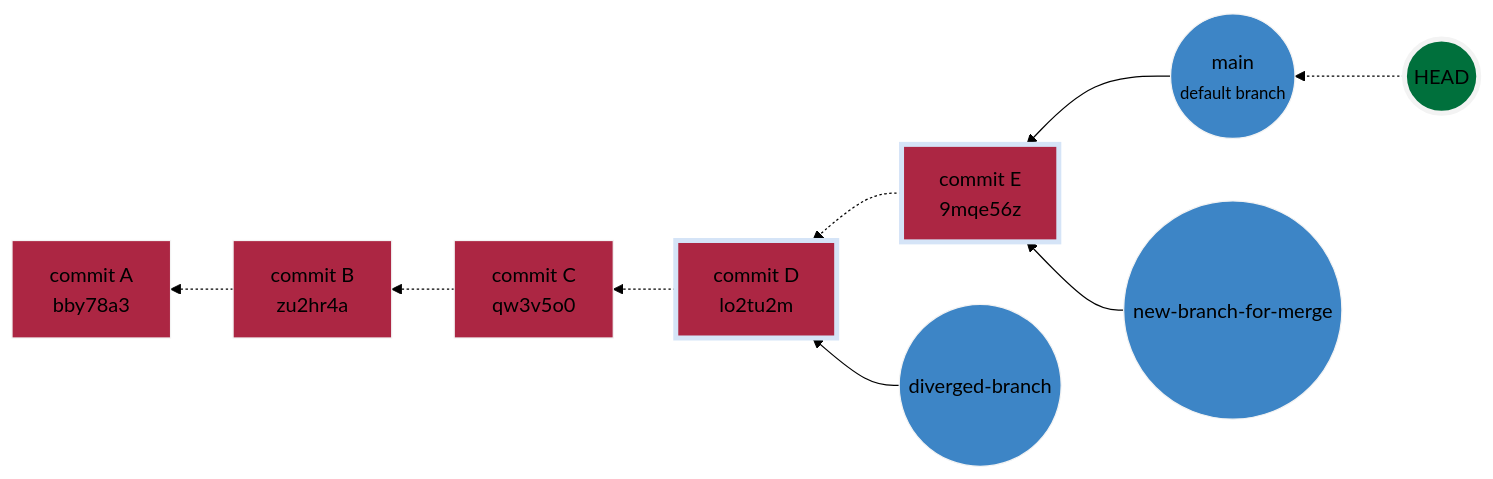
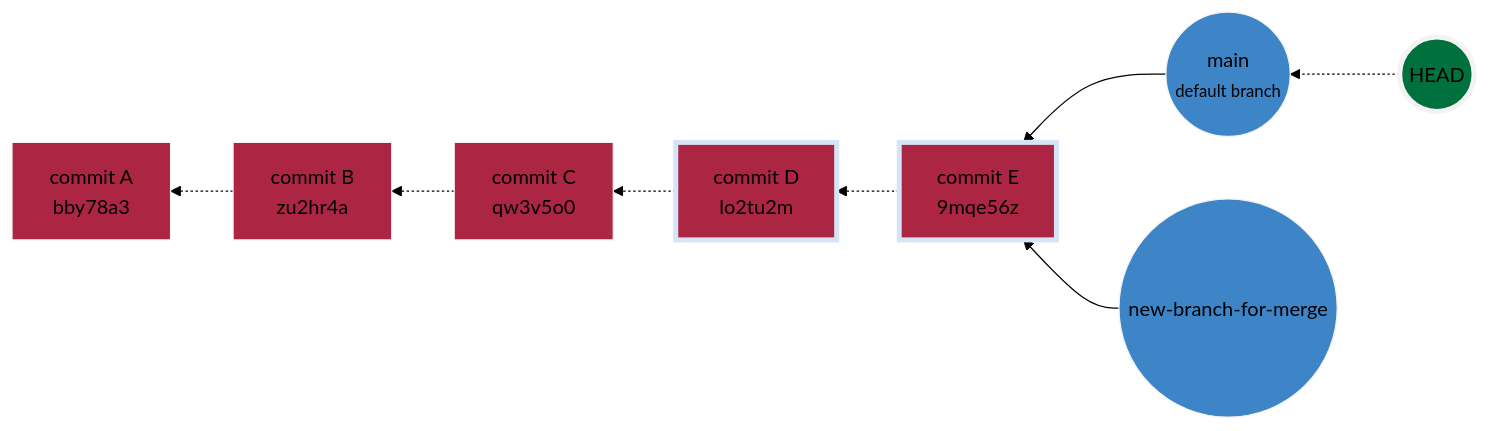
Diagram 19 of 21 in README.md (ganeshk627/source-control-with-git), drawn with Mermaid (forest theme) before and after one commit. The commit also changed other lines of this file, not shown here.

````diff
--- a/README.md
+++ b/README.md
@@ -830,31 +828,28 @@
 ```mermaid
 graph RL
     A[commit A<br>bby78a3]
     B[commit B<br>zu2hr4a]
     C[commit C<br>qw3v5o0]
     D[commit D<br>lo2tu2m]
     E[commit E<br>9mqe56z]
     I((main <br> <small>default branch<small/>))
     J((new-branch-for-merge))
     H((HEAD))
-    K((diverged-branch))
 
     B -.-> A
     C -.-> B
     D -.-> C
     E -.-> D
     I --> E
     H -.-> I
     J --> E
-    K --> D
 
     style H fill:#00703c,stroke:#f3f3f3,stroke-width:4px;
     style E fill:#ac2643,stroke:#d5e4f7,stroke-width:4px;
     style D fill:#ac2643,stroke:#d5e4f7,stroke-width:4px;
     style C fill:#ac2643,stroke:#f3f3f3,stroke-width:1px;
     style B fill:#ac2643,stroke:#f3f3f3,stroke-width:1px;
     style A fill:#ac2643,stroke:#f3f3f3,stroke-width:1px;
     style I fill:#3d85c6,stroke:#f3f3f3,stroke-width:1px;
     style J fill:#3d85c6,stroke:#f3f3f3,stroke-width:1px;
-    style K fill:#3d85c6,stroke:#f3f3f3,stroke-width:1px;
 ```
````
